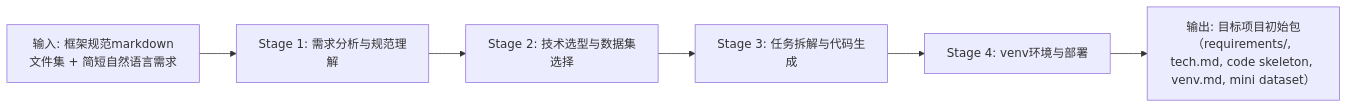
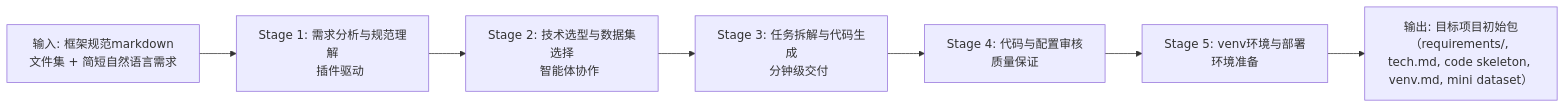
One commit to ouyangshixiong/context-engineering-zh changed the first of 16 diagrams in README.md. Above: the diagram before and after it, drawn with Mermaid. The commit also changed other lines of this file and 5 other files, not shown here.

````diff
--- a/README.md
+++ b/README.md
@@ -115,11 +128,17 @@
 ```mermaid
 flowchart LR
-    S1[Stage 1: 需求分析与规范理解]
-    S2[Stage 2: 技术选型与数据集选择]
-    S3[Stage 3: 任务拆解与代码生成]
-    S4[Stage 4: venv环境与部署]
+    S1[Stage 1: 需求分析与规范理解
+    插件驱动]
+    S2[Stage 2: 技术选型与数据集选择
+    智能体协作]
+    S3[Stage 3: 任务拆解与代码生成
+    分钟级交付]
+    S4[Stage 4: 代码与配置审核
+    质量保证]
+    S5[Stage 5: venv环境与部署
+    环境准备]
     IN[输入: 框架规范markdown文件集 + 简短自然语言需求]
     OUT[输出: 目标项目初始包（requirements/, tech.md, code skeleton, venv.md, mini dataset）]
 
-    IN --> S1 --> S2 --> S3 --> S4 --> OUT
+    IN --> S1 --> S2 --> S3 --> S4 --> S5 --> OUT
 ```
````
